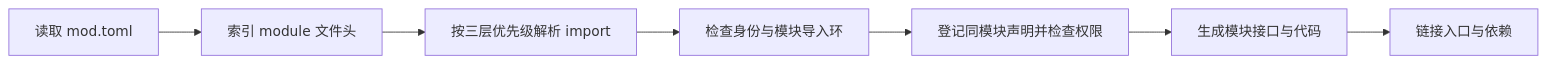
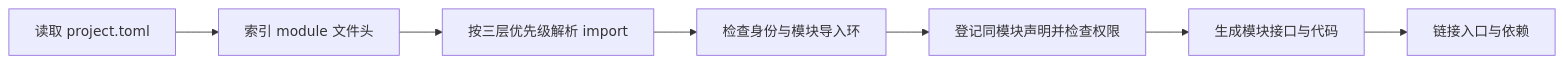
Before and after one commit to lalavender/x: the diagram in docs/03-design/yh-模块与项目管理设计.md, drawn with Mermaid. The commit also changed other lines of this file and 31 other files, not shown here.

````diff
--- a/docs/03-design/yh-模块与项目管理设计.md
+++ b/docs/03-design/yh-模块与项目管理设计.md
@@ -329,9 +332,9 @@
 ```mermaid
 flowchart LR
-    A[读取 mod.toml] --> B[索引 module 文件头]
+    A[读取 project.toml] --> B[索引 module 文件头]
     B --> C[按三层优先级解析 import]
     C --> D[检查身份与模块导入环]
     D --> E[登记同模块声明并检查权限]
     E --> F[生成模块接口与代码]
     F --> G[链接入口与依赖]
 ```
````
